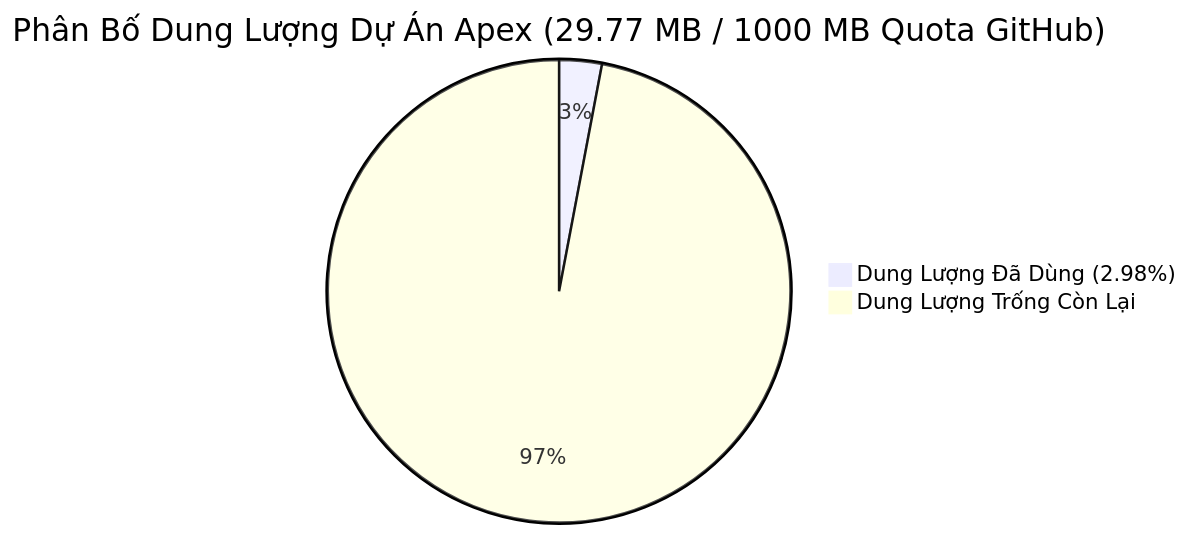
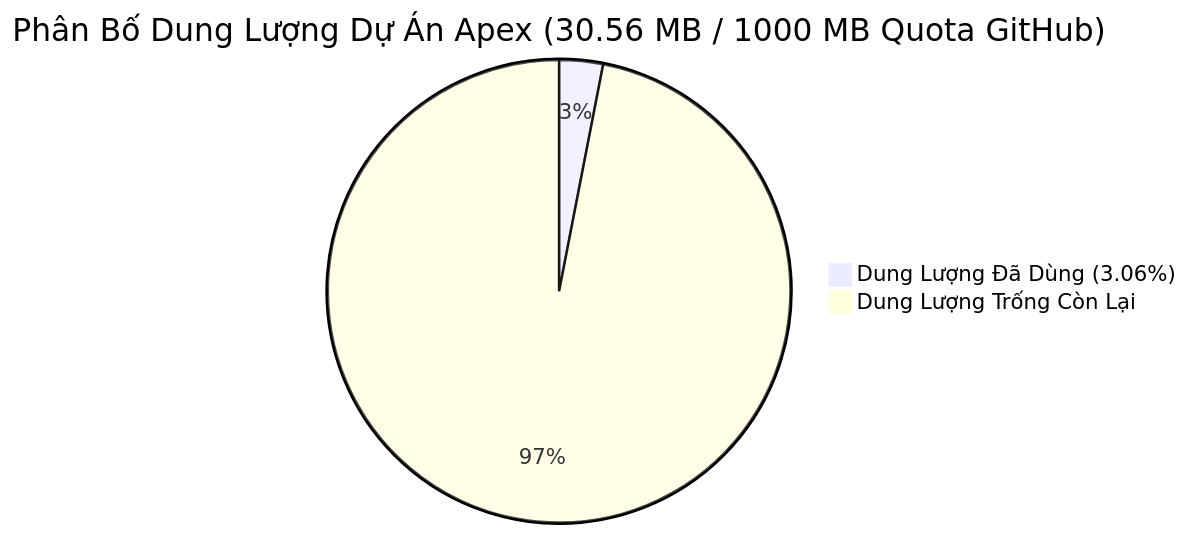
Before and after one commit to Thienphuoctran/apex-hedge-fund: the diagram in 12_Institutional_Ombudsman_And_Inspectorate/daily_audits/2026-11-18_Infrastructure_Health_And_Capacity_Audit.md, drawn with Mermaid. The commit also changed other lines of this file and 17 other files, not shown here.

````diff
--- a/12_Institutional_Ombudsman_And_Inspectorate/daily_audits/2026-11-18_Infrastructure_Health_And_Capacity_Audit.md
+++ b/12_Institutional_Ombudsman_And_Inspectorate/daily_audits/2026-11-18_Infrastructure_Health_And_Capacity_Audit.md
@@ -15,5 +15,5 @@
 ```mermaid
-pie title Phân Bố Dung Lượng Dự Án Apex (29.77 MB / 1000 MB Quota GitHub)
-    "Dung Lượng Đã Dùng (2.98%)" : 29.77
-    "Dung Lượng Trống Còn Lại" : 970.23
+pie title Phân Bố Dung Lượng Dự Án Apex (30.56 MB / 1000 MB Quota GitHub)
+    "Dung Lượng Đã Dùng (3.06%)" : 30.56
+    "Dung Lượng Trống Còn Lại" : 969.44
 ```
````
